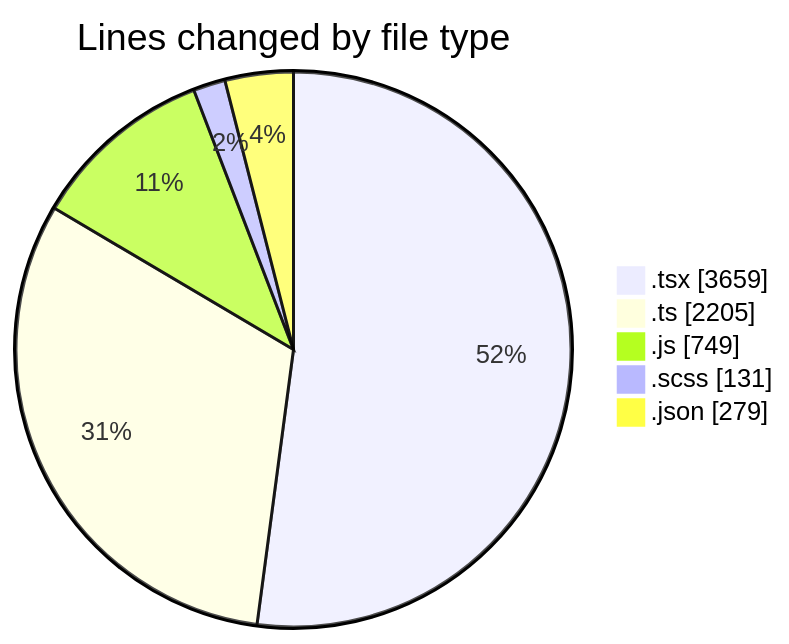
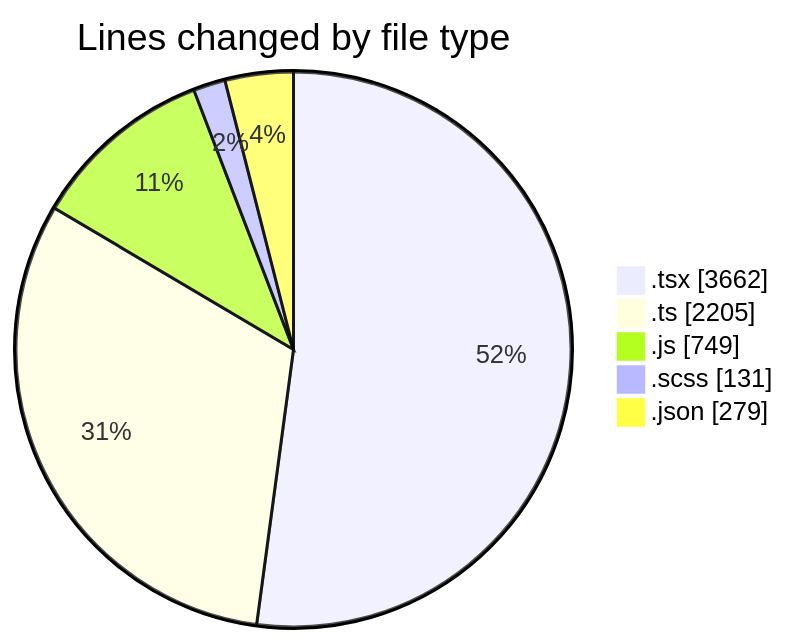
The first of 2 diagrams in 2026-06-11/cda/README.md (momahboobian/code-tracking), drawn with Mermaid before and after one commit. The commit also changed other lines of this file and 1 other file, not shown here.

````diff
--- a/2026-06-11/cda/README.md
+++ b/2026-06-11/cda/README.md
@@ -59,9 +59,9 @@
 ```mermaid
 pie showData
 title Lines changed by file type
-".tsx" : 3659
+".tsx" : 3662
 ".ts" : 2205
 ".js" : 749
 ".scss" : 131
 ".json" : 279
 ```
````
